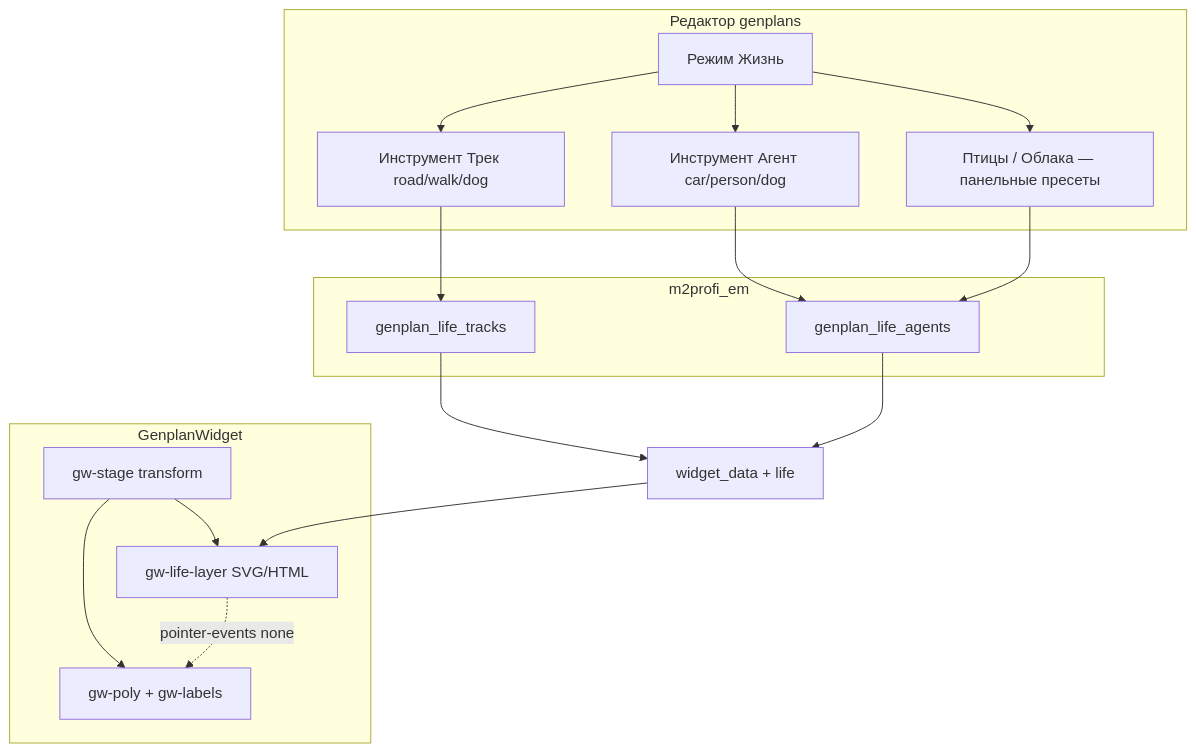
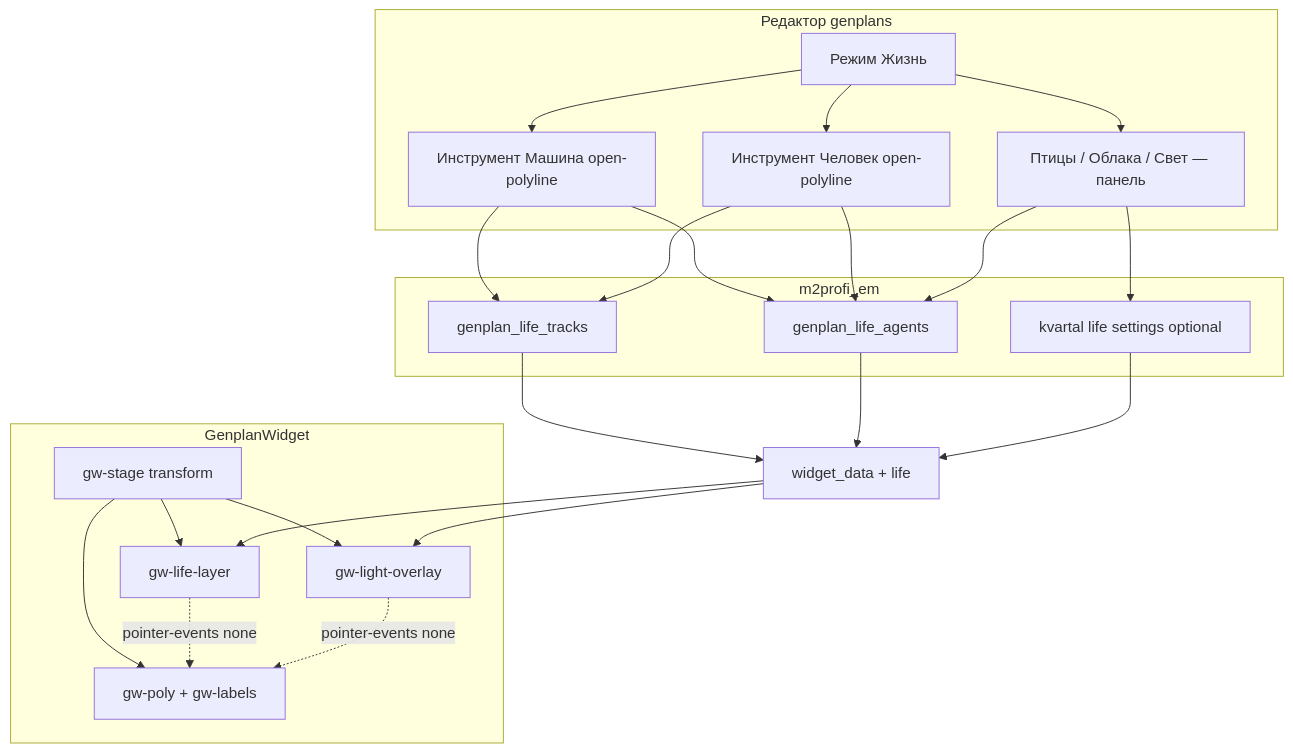
The diagram in sites/em/.doc/tasks/12/plan.md (sergey0002/m2profi.pro), drawn with Mermaid before and after one commit. The commit also changed other lines of this file and 3 other files, not shown here.

First line of the commit message:
Refine task 12 plan: open-polyline tools, mount toggles, diagonal birds, light.

````diff
--- a/sites/em/.doc/tasks/12/plan.md
+++ b/sites/em/.doc/tasks/12/plan.md
@@ -38,33 +41,42 @@
 ```mermaid
 flowchart TB
   subgraph admin [Редактор genplans]
     Mode[Режим Жизнь]
-    TrackTool[Инструмент Трек road/walk/dog]
-    AgentTool[Инструмент Агент car/person/dog]
-    Ambient[Птицы / Облака — панельные пресеты]
-    Mode --> TrackTool
-    Mode --> AgentTool
+    CarTool[Инструмент Машина open-polyline]
+    PersonTool[Инструмент Человек open-polyline]
+    Ambient[Птицы / Облака / Свет — панель]
+    Mode --> CarTool
+    Mode --> PersonTool
     Mode --> Ambient
   end
 
   subgraph db [m2profi_em]
     T[genplan_life_tracks]
     A[genplan_life_agents]
+    S[kvartal life settings optional]
   end
 
   subgraph pub [GenplanWidget]
     Stage[gw-stage transform]
-    Life[gw-life-layer SVG/HTML]
+    Light[gw-light-overlay]
+    Life[gw-life-layer]
     Homes[gw-poly + gw-labels]
+    Stage --> Light
     Stage --> Life
     Stage --> Homes
     Life -.->|pointer-events none| Homes
+    Light -.->|pointer-events none| Homes
   end
 
-  TrackTool --> T
-  AgentTool --> A
+  CarTool --> T
+  PersonTool --> T
+  CarTool --> A
+  PersonTool --> A
   Ambient --> A
+  Ambient --> S
   T --> WD[widget_data + life]
   A --> WD
+  S --> WD
   WD --> Life
+  WD --> Light
 ```
````
